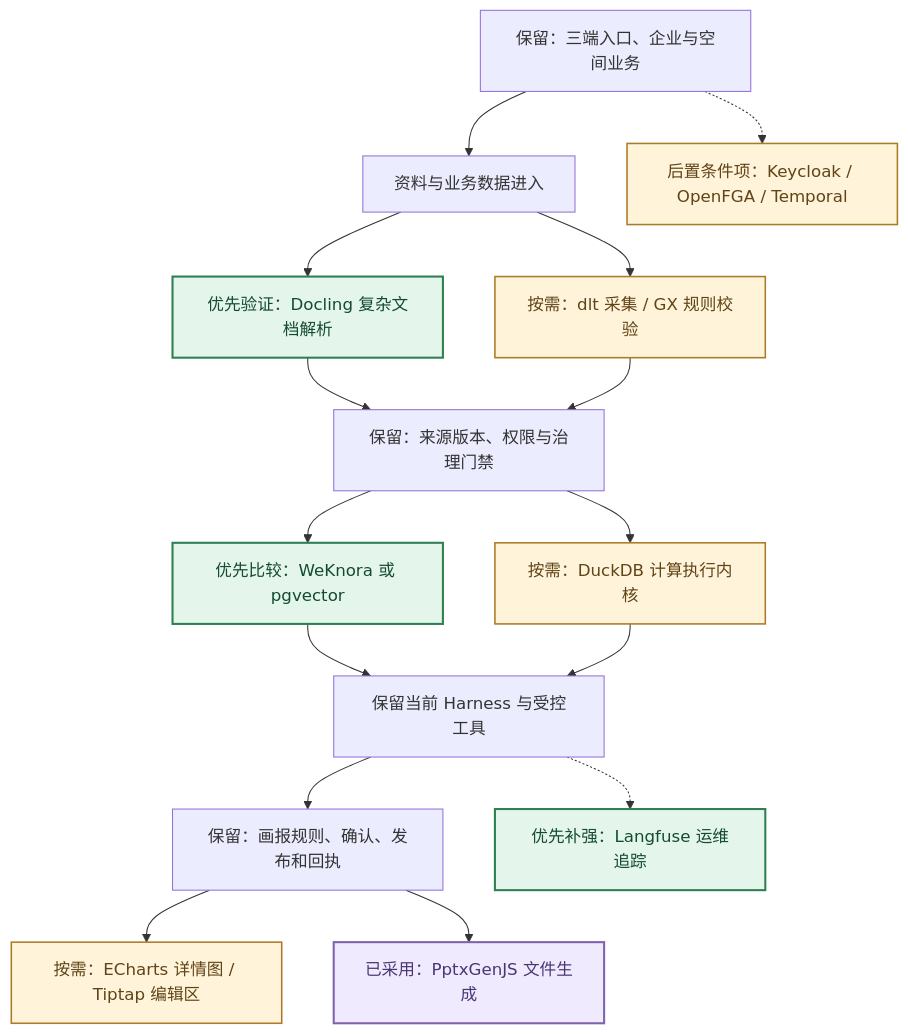
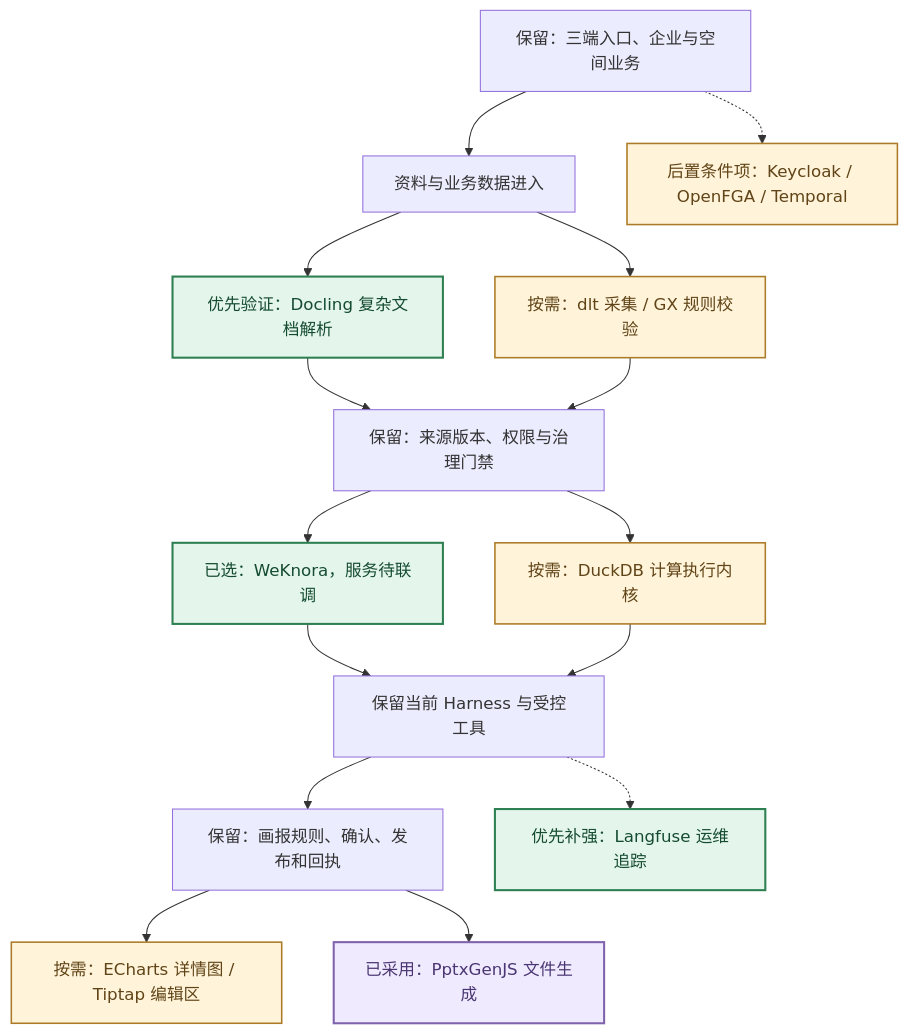
Before and after one commit to luofanghao9784/mengine-app: the diagram in docs/项目流程图/diagrams/O01.mmd, drawn with Mermaid. The commit also changed 72 other files, not shown here.

Commit message:
feat: add scoped WeKnora retrieval and optional first-batch adapters

```diff
--- a/docs/项目流程图/diagrams/O01.mmd
+++ b/docs/项目流程图/diagrams/O01.mmd
@@ -1,18 +1,18 @@
 flowchart TD
   product["保留：三端入口、企业与空间业务"] --> inputs["资料与业务数据进入"]
   inputs --> parser["优先验证：Docling 复杂文档解析"]:::ossPriority
   inputs --> collector["按需：dlt 采集 / GX 规则校验"]:::ossConditional
   parser --> policy["保留：来源版本、权限与治理门禁"]
   collector --> policy
-  policy --> retrieval["优先比较：WeKnora 或 pgvector"]:::ossPriority
+  policy --> retrieval["已选：WeKnora，服务待联调"]:::ossPriority
   policy --> calculator["按需：DuckDB 计算执行内核"]:::ossConditional
   retrieval --> agent["保留当前 Harness 与受控工具"]
   calculator --> agent
   agent --> delivery["保留：画报规则、确认、发布和回执"]
   delivery --> chart["按需：ECharts 详情图 / Tiptap 编辑区"]:::ossConditional
   delivery --> ppt["已采用：PptxGenJS 文件生成"]:::ossExisting
   agent -.-> trace["优先补强：Langfuse 运维追踪"]:::ossPriority
   product -.-> later["后置条件项：Keycloak / OpenFGA / Temporal"]:::ossConditional
   classDef ossPriority fill:#e4f6eb,stroke:#2e8052,color:#154b30,stroke-width:2px
   classDef ossConditional fill:#fff3d9,stroke:#ac7b27,color:#604417,stroke-width:1.5px
   classDef ossExisting fill:#f0eaff,stroke:#8063ad,color:#4a3672,stroke-width:2px
```
